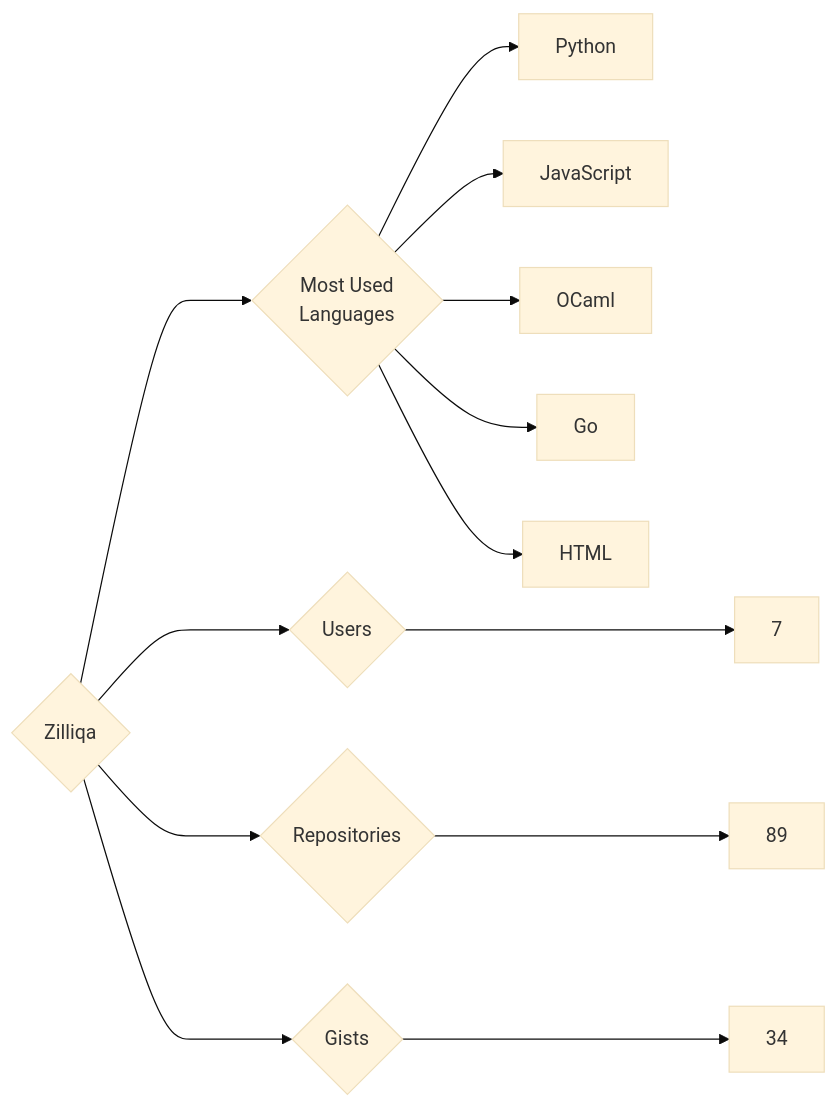
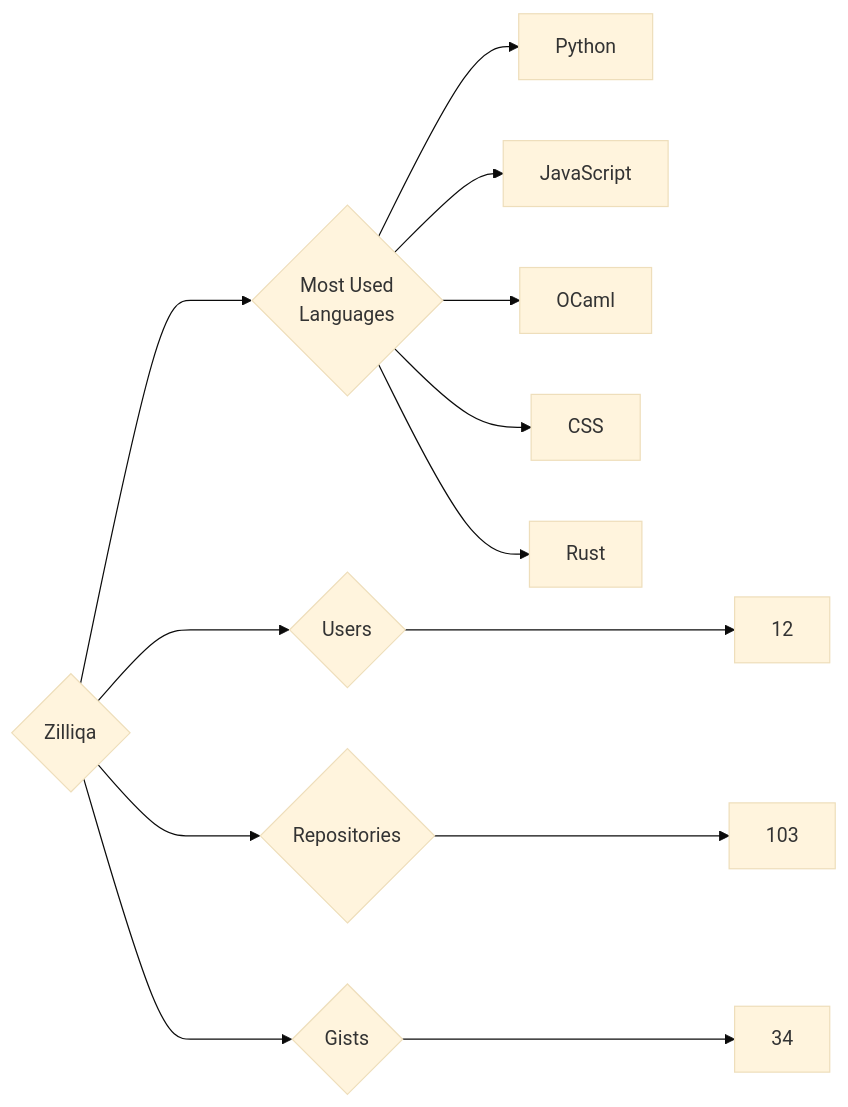
Before and after one commit to trickest/insiders: the diagram in targets/Zilliqa/README.md, drawn with Mermaid (base theme). The commit also changed 1479 other files, not shown here.

````diff
--- a/targets/Zilliqa/README.md
+++ b/targets/Zilliqa/README.md
@@ -3,13 +3,13 @@
 ```mermaid
 graph LR
 COMPANY_NAME{Zilliqa}
-COMPANY_NAME ---> U{Users} ---> UN[7]
-COMPANY_NAME ---> R{Repositories} ---> RN[89]
+COMPANY_NAME ---> U{Users} ---> UN[12]
+COMPANY_NAME ---> R{Repositories} ---> RN[103]
 COMPANY_NAME ---> G{Gists} ---> GN[34]
 COMPANY_NAME ---> ML{Most Used<br>Languages}
 ML --> Python[Python]
 ML --> JavaScript[JavaScript]
 ML --> OCaml[OCaml]
-ML --> Go[Go]
-ML --> HTML[HTML]
+ML --> CSS[CSS]
+ML --> Rust[Rust]
 ```
````
